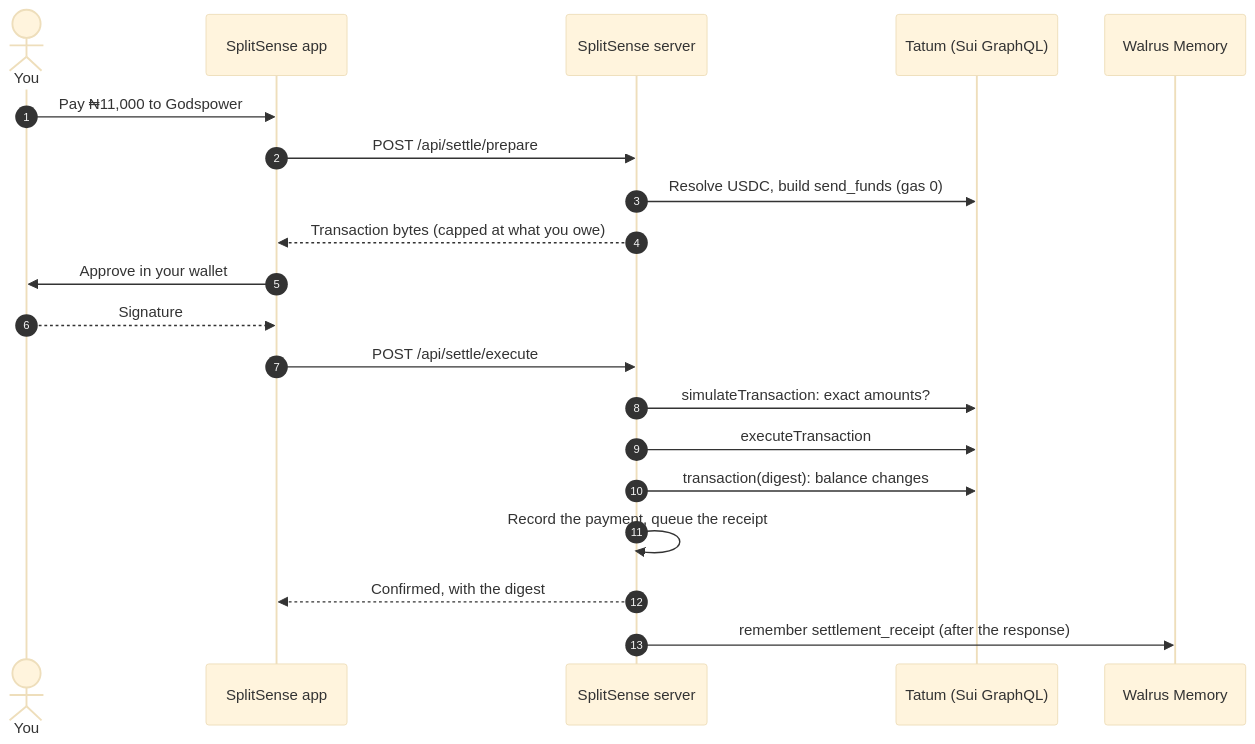
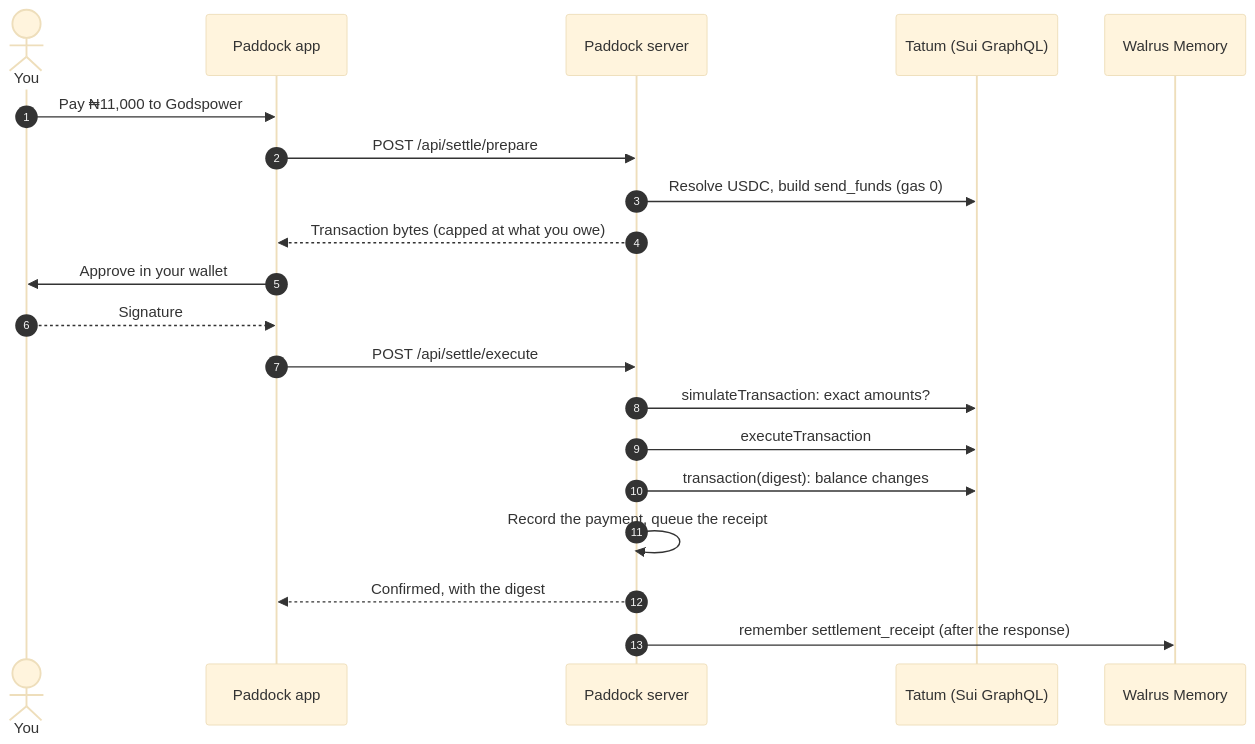
Before and after one commit to 0xGp/Paddock: the third of 3 diagrams in README.md, drawn with Mermaid (base theme). The commit also changed other lines of this file and 44 other files, not shown here.

First line of the commit message:
Rename the app to Paddock and give it a money logo

````diff
--- a/README.md
+++ b/README.md
@@ -192,22 +194,22 @@
 ```mermaid
 sequenceDiagram
   autonumber
   actor U as You
-  participant App as SplitSense app
-  participant S as SplitSense server
+  participant App as Paddock app
+  participant S as Paddock server
   participant T as Tatum (Sui GraphQL)
   participant W as Walrus Memory
   U->>App: Pay ₦11,000 to Godspower
   App->>S: POST /api/settle/prepare
   S->>T: Resolve USDC, build send_funds (gas 0)
   S-->>App: Transaction bytes (capped at what you owe)
   App->>U: Approve in your wallet
   U-->>App: Signature
   App->>S: POST /api/settle/execute
   S->>T: simulateTransaction: exact amounts?
   S->>T: executeTransaction
   S->>T: transaction(digest): balance changes
   S->>S: Record the payment, queue the receipt
   S-->>App: Confirmed, with the digest
   S->>W: remember settlement_receipt (after the response)
 ```
````
